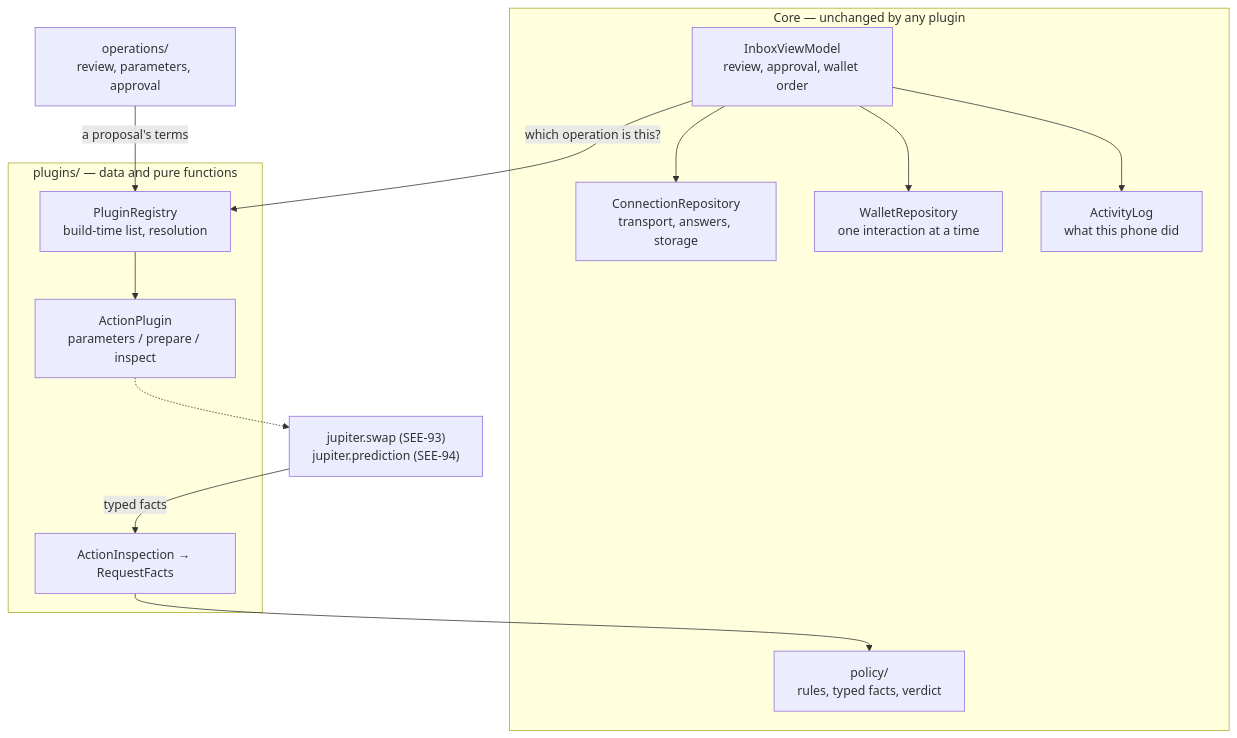
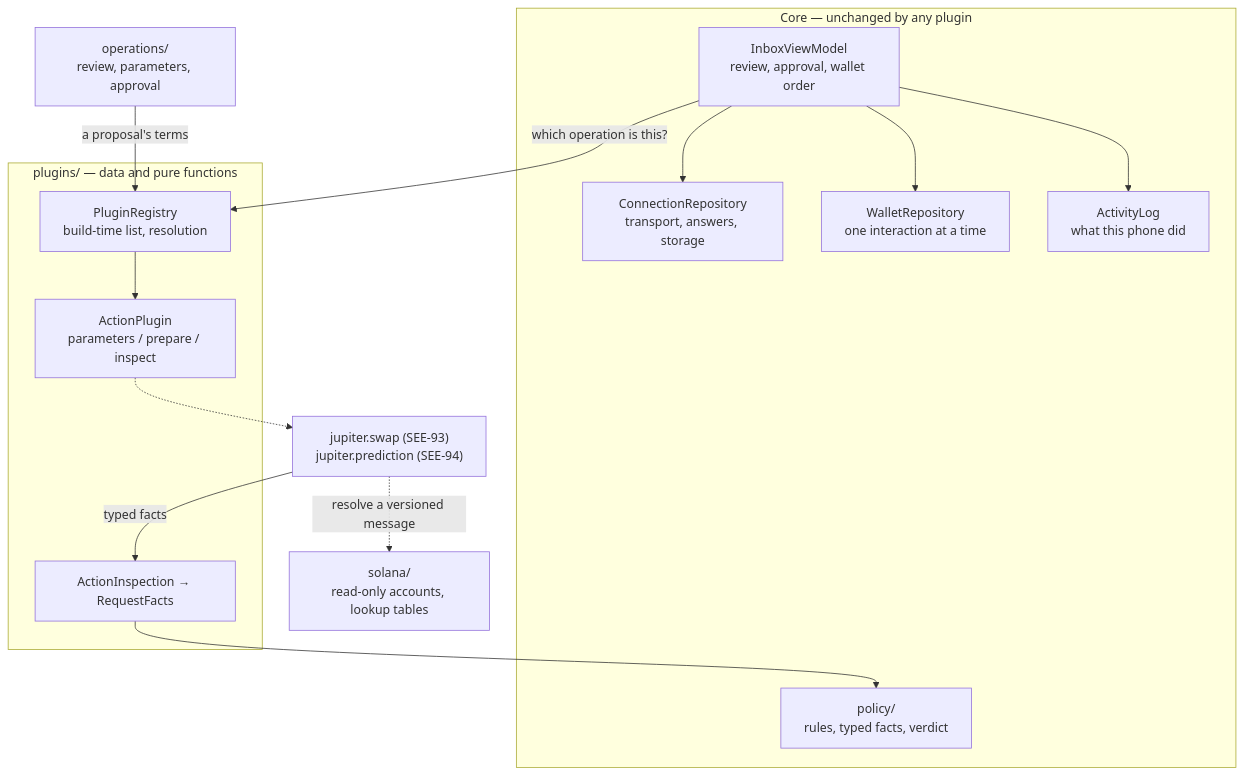
One commit to SeekerAgentConnect/sac changed the diagram in docs/wiki/client-plugins.md. Above: the diagram before and after it, drawn with Mermaid. The commit also changed other lines of this file and 59 other files, not shown here.

````diff
--- a/docs/wiki/client-plugins.md
+++ b/docs/wiki/client-plugins.md
@@ -23,26 +23,28 @@
 ```mermaid
 flowchart TB
     subgraph core["Core — unchanged by any plugin"]
         Repo["ConnectionRepository<br>transport, answers, storage"]
         Inbox["InboxViewModel<br>review, approval, wallet order"]
         Policy["policy/<br>rules, typed facts, verdict"]
         Wallet["WalletRepository<br>one interaction at a time"]
         Log["ActivityLog<br>what this phone did"]
     end
     subgraph boundary["plugins/ — data and pure functions"]
         Registry["PluginRegistry<br>build-time list, resolution"]
         Contract["ActionPlugin<br>parameters / prepare / inspect"]
         Facts["ActionInspection → RequestFacts"]
     end
     Plugin["jupiter.swap (SEE-93)<br>jupiter.prediction (SEE-94)"]
     Operations["operations/<br>review, parameters, approval"]
+    Solana["solana/<br>read-only accounts, lookup tables"]
+    Plugin -. "resolve a versioned message" .-> Solana
     Inbox -- "which operation is this?" --> Registry
     Operations -- "a proposal's terms" --> Registry
     Registry --> Contract
     Contract -.-> Plugin
     Plugin -- "typed facts" --> Facts
     Facts --> Policy
     Inbox --> Wallet
     Inbox --> Log
     Inbox --> Repo
 ```
````
